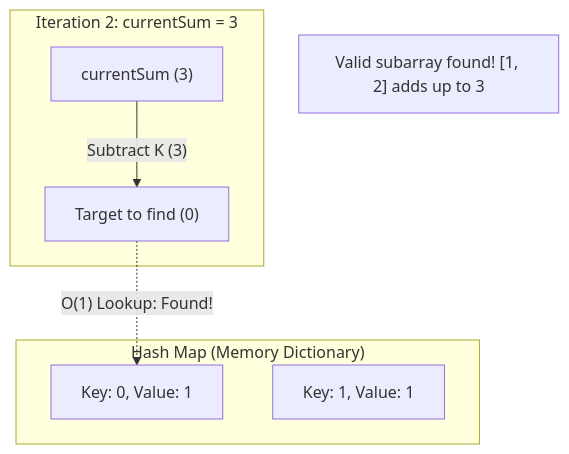
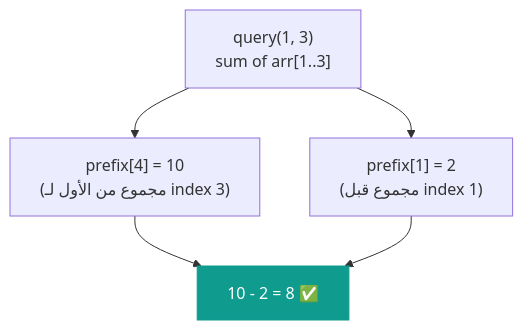
One commit to muhammad-khaled-tech/My-Study-Notes changed the second of 3 diagrams in problem solving/prefix_sum_tutorial.md. Above: the diagram before and after it, drawn with Mermaid. The commit also changed other lines of this file and 1 other file, not shown here.

````diff
--- a/problem solving/prefix_sum_tutorial.md
+++ b/problem solving/prefix_sum_tutorial.md
@@ -287,14 +494,14 @@
 ```mermaid
 graph TD
-    subgraph "Iteration 2: currentSum = 3"
-        A["currentSum (3)"] -->|"Subtract K (3)"| B["Target to find (0)"]
-    end
-    
-    subgraph "Hash Map (Memory Dictionary)"
-        C["Key: 0, Value: 1"]
-        D["Key: 1, Value: 1"]
-    end
-    
-    B -.->|"O(1) Lookup: Found!"| C
-    Note["Valid subarray found! [1, 2] adds up to 3"]
+    Q["query(1, 3)\nsum of arr[1..3]"]
+    P4["prefix[4] = 10\n(مجموع من الأول لـ index 3)"]
+    P1["prefix[1] = 2\n(مجموع قبل index 1)"]
+    R["10 - 2 = 8 ✅"]
+
+    Q --> P4
+    Q --> P1
+    P4 --> R
+    P1 --> R
+
+    style R fill:#0f9b8e,color:#fff,stroke:#0f9b8e
 ```
````
